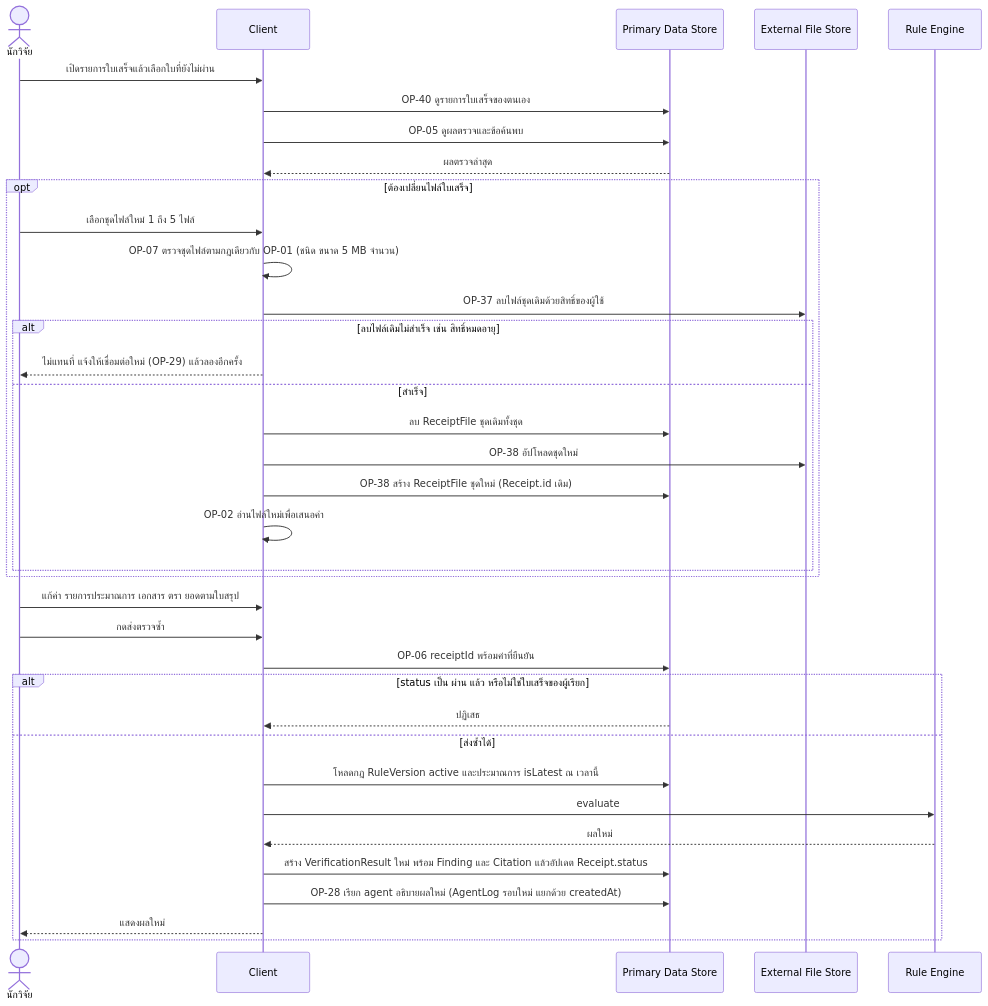
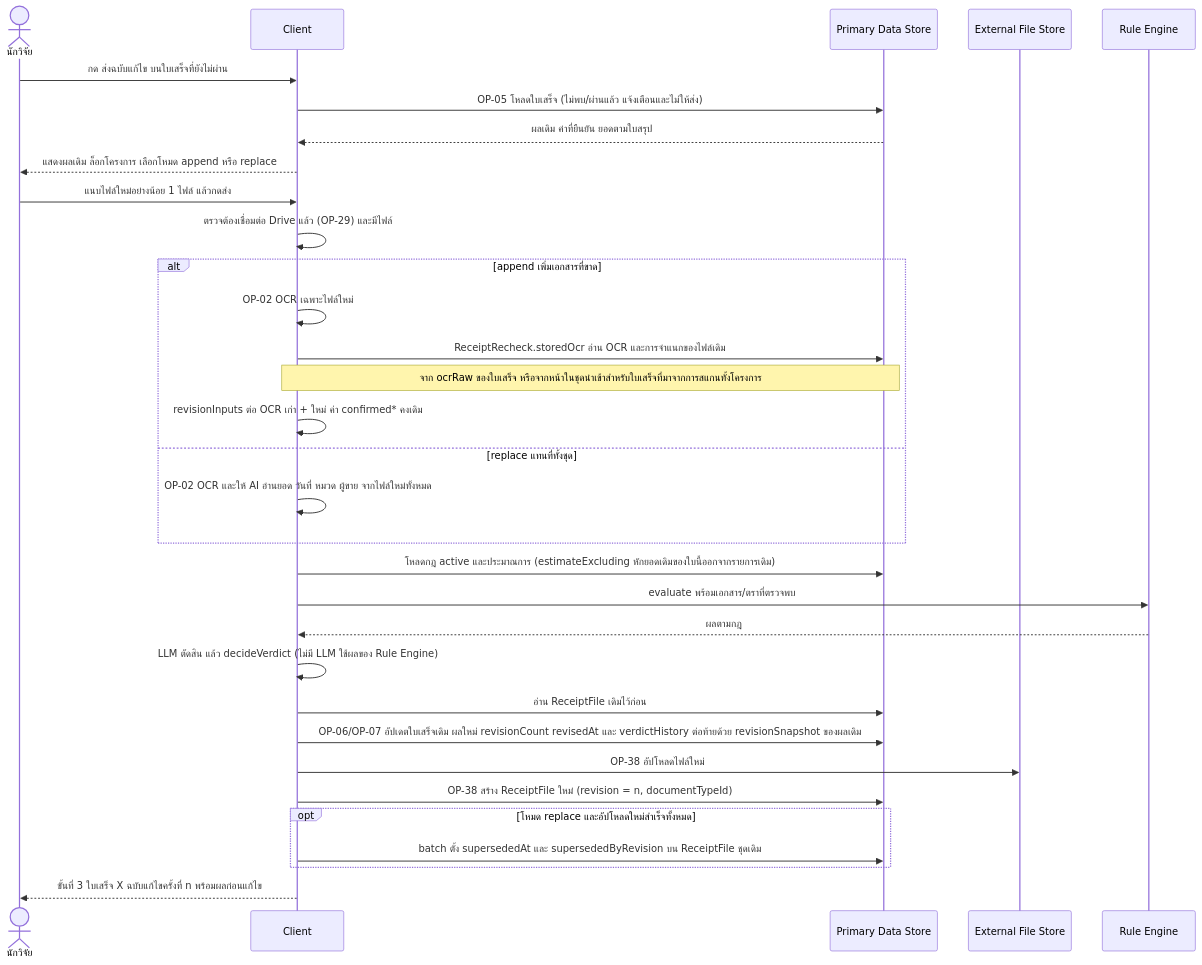
Before and after one commit to ptrsswnr/Grant-Receipt-Assistant: the first of 2 diagrams in docs/02-design/02-technical/detailed-design/resubmit-failed-receipt.md, drawn with Mermaid. The commit also changed other lines of this file and 12 other files, not shown here.

First line of the commit message:
Sync docs with revised receipts and record the 2026-11-24 LLM-verdict direction

````diff
--- a/docs/02-design/02-technical/detailed-design/resubmit-failed-receipt.md
+++ b/docs/02-design/02-technical/detailed-design/resubmit-failed-receipt.md
@@ -28,39 +34,37 @@
 ```mermaid
 sequenceDiagram
     actor R as นักวิจัย
     participant C as Client
     participant DS as Primary Data Store
     participant FS as External File Store
     participant RE as Rule Engine
 
-    R->>C: เปิดรายการใบเสร็จแล้วเลือกใบที่ยังไม่ผ่าน
-    C->>DS: OP-40 ดูรายการใบเสร็จของตนเอง
-    C->>DS: OP-05 ดูผลตรวจและข้อค้นพบ
-    DS-->>C: ผลตรวจล่าสุด
-    opt ต้องเปลี่ยนไฟล์ใบเสร็จ
-        R->>C: เลือกชุดไฟล์ใหม่ 1 ถึง 5 ไฟล์
-        C->>C: OP-07 ตรวจชุดไฟล์ตามกฎเดียวกับ OP-01 (ชนิด ขนาด 5 MB จำนวน)
-        C->>FS: OP-37 ลบไฟล์ชุดเดิมด้วยสิทธิ์ของผู้ใช้
-        alt ลบไฟล์เดิมไม่สำเร็จ เช่น สิทธิ์หมดอายุ
-            C-->>R: ไม่แทนที่ แจ้งให้เชื่อมต่อใหม่ (OP-29) แล้วลองอีกครั้ง
-        else สำเร็จ
-            C->>DS: ลบ ReceiptFile ชุดเดิมทั้งชุด
-            C->>FS: OP-38 อัปโหลดชุดใหม่
-            C->>DS: OP-38 สร้าง ReceiptFile ชุดใหม่ (Receipt.id เดิม)
-            C->>C: OP-02 อ่านไฟล์ใหม่เพื่อเสนอค่า
-        end
+    R->>C: กด ส่งฉบับแก้ไข บนใบเสร็จที่ยังไม่ผ่าน
+    C->>DS: OP-05 โหลดใบเสร็จ (ไม่พบ/ผ่านแล้ว แจ้งเตือนและไม่ให้ส่ง)
+    DS-->>C: ผลเดิม ค่าที่ยืนยัน ยอดตามใบสรุป
+    C-->>R: แสดงผลเดิม ล็อกโครงการ เลือกโหมด append หรือ replace
+    R->>C: แนบไฟล์ใหม่อย่างน้อย 1 ไฟล์ แล้วกดส่ง
+    C->>C: ตรวจต้องเชื่อมต่อ Drive แล้ว (OP-29) และมีไฟล์
+
+    alt append เพิ่มเอกสารที่ขาด
+        C->>C: OP-02 OCR เฉพาะไฟล์ใหม่
+        C->>DS: ReceiptRecheck.storedOcr อ่าน OCR และการจำแนกของไฟล์เดิม
+        Note over C,DS: จาก ocrRaw ของใบเสร็จ หรือจากหน้าในชุดนำเข้าสำหรับใบเสร็จที่มาจากการสแกนทั้งโครงการ
+        C->>C: revisionInputs ต่อ OCR เก่า + ใหม่ ค่า confirmed* คงเดิม
+    else replace แทนที่ทั้งชุด
+        C->>C: OP-02 OCR และให้ AI อ่านยอด วันที่ หมวด ผู้ขาย จากไฟล์ใหม่ทั้งหมด
     end
-    R->>C: แก้ค่า รายการประมาณการ เอกสาร ตรา ยอดตามใบสรุป
-    R->>C: กดส่งตรวจซ้ำ
-    C->>DS: OP-06 receiptId พร้อมค่าที่ยืนยัน
-    alt status เป็น ผ่าน แล้ว หรือไม่ใช่ใบเสร็จของผู้เรียก
-        DS-->>C: ปฏิเสธ
-    else ส่งซ้ำได้
-        C->>DS: โหลดกฎ RuleVersion active และประมาณการ isLatest ณ เวลานี้
-        C->>RE: evaluate
-        RE-->>C: ผลใหม่
-        C->>DS: สร้าง VerificationResult ใหม่ พร้อม Finding และ Citation แล้วอัปเดต Receipt.status
-        C->>DS: OP-28 เรียก agent อธิบายผลใหม่ (AgentLog รอบใหม่ แยกด้วย createdAt)
-        C-->>R: แสดงผลใหม่
+
+    C->>DS: โหลดกฎ active และประมาณการ (estimateExcluding หักยอดเดิมของใบนี้ออกจากรายการเดิม)
+    C->>RE: evaluate พร้อมเอกสาร/ตราที่ตรวจพบ
+    RE-->>C: ผลตามกฎ
+    C->>C: LLM ตัดสิน แล้ว decideVerdict (ไม่มี LLM ใช้ผลของ Rule Engine)
+    C->>DS: อ่าน ReceiptFile เดิมไว้ก่อน
+    C->>DS: OP-06/OP-07 อัปเดตใบเสร็จเดิม ผลใหม่ revisionCount revisedAt และ verdictHistory ต่อท้ายด้วย revisionSnapshot ของผลเดิม
+    C->>FS: OP-38 อัปโหลดไฟล์ใหม่
+    C->>DS: OP-38 สร้าง ReceiptFile ใหม่ (revision = n, documentTypeId)
+    opt โหมด replace และอัปโหลดใหม่สำเร็จทั้งหมด
+        C->>DS: batch ตั้ง supersededAt และ supersededByRevision บน ReceiptFile ชุดเดิม
     end
+    C-->>R: ขั้นที่ 3 ใบเสร็จ X ฉบับแก้ไขครั้งที่ n พร้อมผลก่อนแก้ไข
 ```
````
